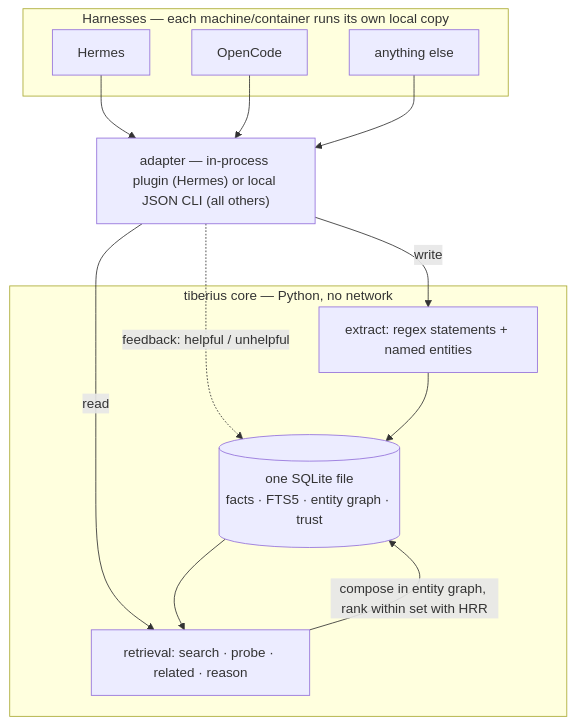
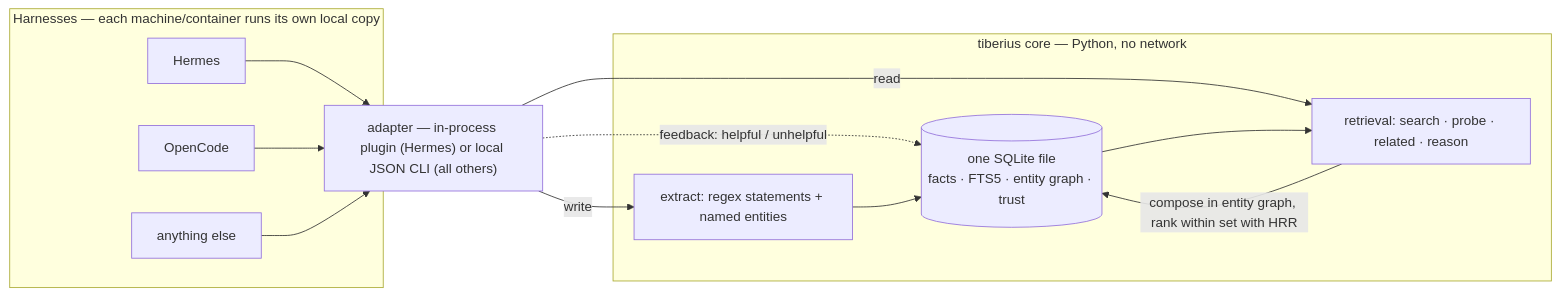
One commit to Greg-GB/tiberius changed the diagram in README.md. Above: the diagram before and after it, drawn with Mermaid.

Commit message:
README: diagram back to left-to-right layout
TB stacked the harness chain vertically and stretched the render
beyond the README column; LR flows with the text and keeps the
three harnesses stacked compactly on the left.

````diff
--- a/README.md
+++ b/README.md
@@ -38,23 +38,23 @@
 ```mermaid
-flowchart TB
+flowchart LR
     subgraph H["Harnesses — each machine/container runs its own local copy"]
         HM["Hermes"]
         OC["OpenCode"]
         OT["anything else"]
     end
     A["adapter — in-process plugin (Hermes) or local JSON CLI (all others)"]
     subgraph T["tiberius core — Python, no network"]
         E["extract: regex statements + named entities"]
         R["retrieval: search · probe · related · reason"]
         S[("one SQLite file<br/>facts · FTS5 · entity graph · trust")]
     end
     HM --> A
     OC --> A
     OT --> A
     A -- "write" --> E
     A -- "read" --> R
     A -. "feedback: helpful / unhelpful" .-> S
     E --> S
     R -- "compose in entity graph, rank within set with HRR" --> S
     S --> R
 ```
````
